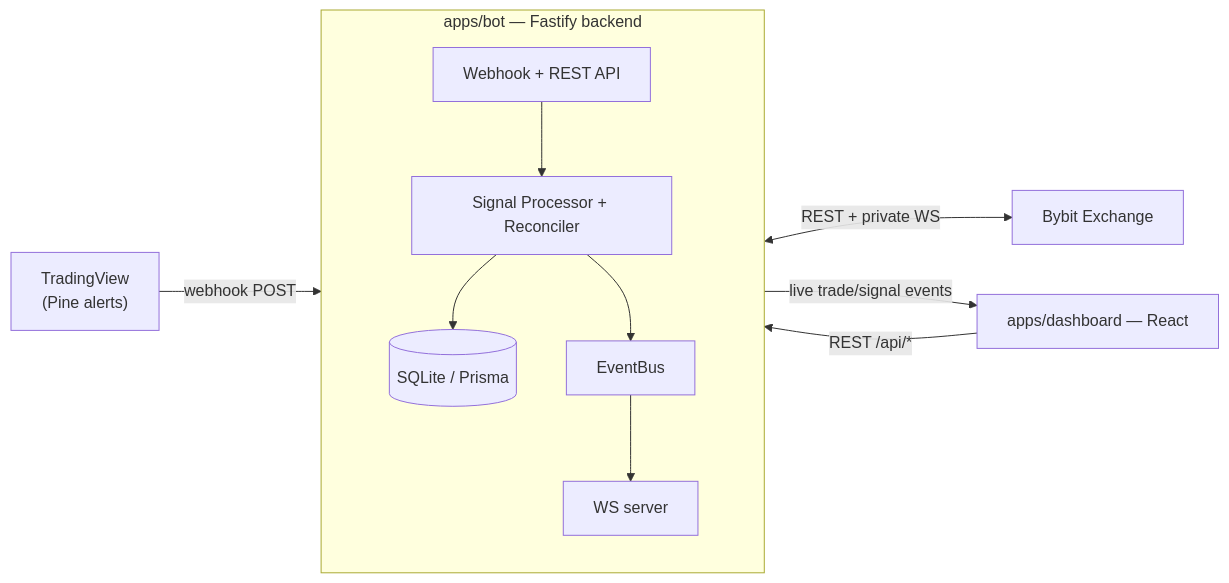
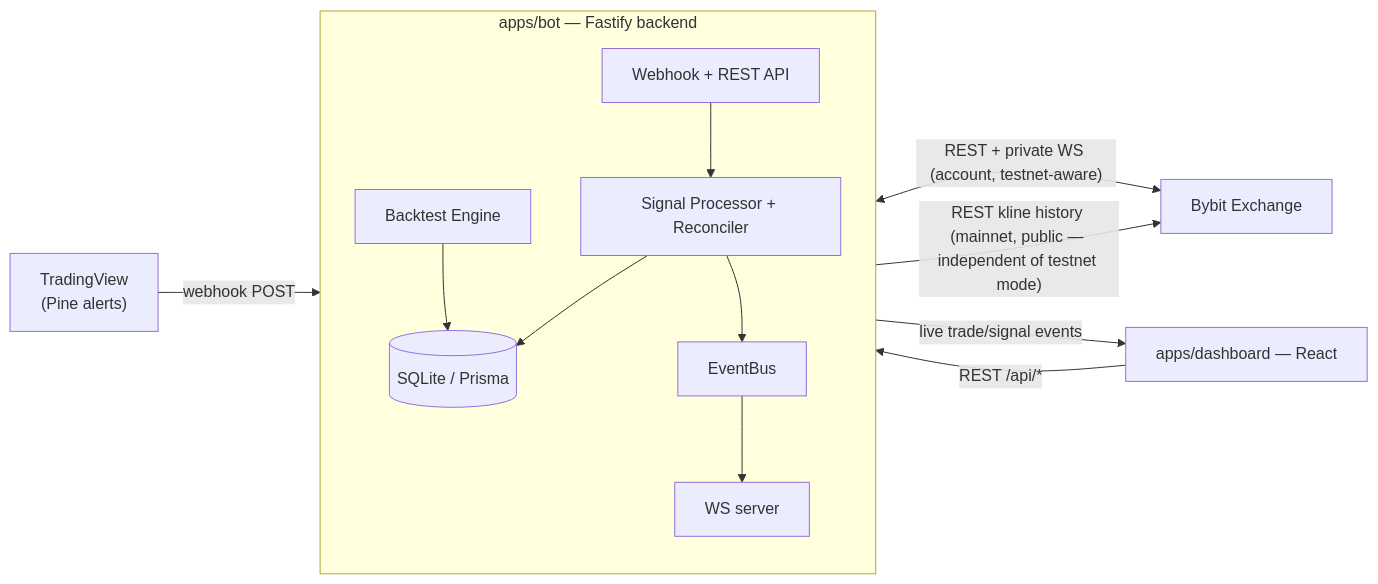
The diagram in README.md (nicojav/crypto-bot), drawn with Mermaid before and after one commit. The commit also changed 2 other files, not shown here.

Commit message:
docs: document backtesting architecture
Updates the root, apps/bot, and apps/dashboard Mermaid diagrams to
reflect the new backtesting module: candle cache, strategy registry,
Custom MA Cross + Pine export, engine/stats, the new backtest API
routes, and the /backtest page's component subtree — including the
mainnet-vs-account split on the Bybit REST edges (candle history reads
from mainnet unconditionally; trading stays testnet-aware).

````diff
--- a/README.md
+++ b/README.md
@@ -22,16 +22,18 @@
 ```mermaid
 graph LR
     TV["TradingView<br/>(Pine alerts)"] -->|webhook POST| BOT
 
     subgraph BOT["apps/bot — Fastify backend"]
         direction TB
         WH[Webhook + REST API] --> CORE[Signal Processor + Reconciler]
         CORE --> TDB[(SQLite / Prisma)]
         CORE --> BUS[EventBus] --> WSS[WS server]
+        BT[Backtest Engine] --> TDB
     end
 
-    CORE <-->|REST + private WS| BYBIT[Bybit Exchange]
+    CORE <-->|"REST + private WS (account, testnet-aware)"| BYBIT[Bybit Exchange]
+    BT -->|"REST kline history (mainnet, public — independent of testnet mode)"| BYBIT
 
     DASH["apps/dashboard — React"] -->|REST /api/*| WH
     WSS -->|live trade/signal events| DASH
 ```
````
